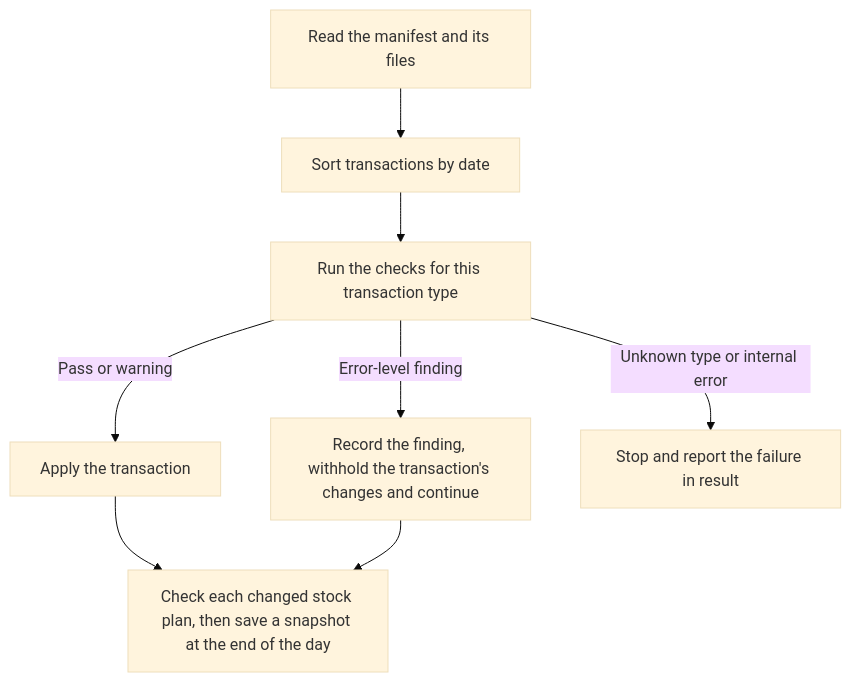
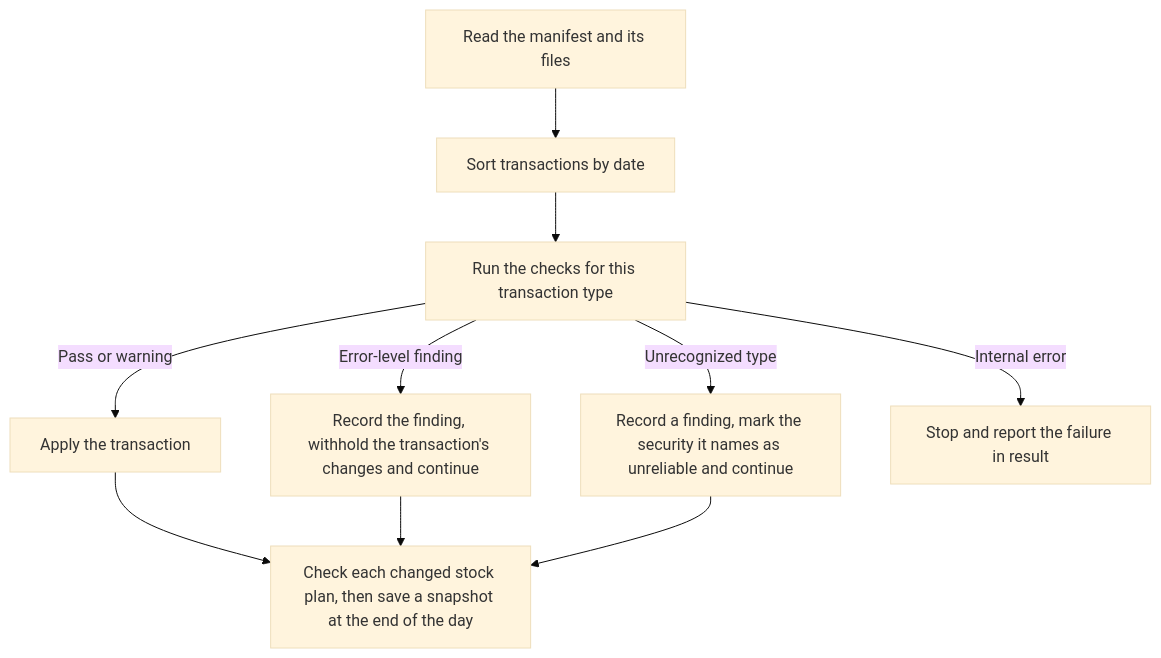
Before and after one commit to Open-Cap-Table-Coalition/OCF-Tools: the diagram in README.md, drawn with Mermaid (base theme). The commit also changed other lines of this file and 18 other files, not shown here.

First line of the commit message:
Report an unrecognized transaction type and keep validating

````diff
--- a/README.md
+++ b/README.md
@@ -33,10 +33,12 @@
 ```mermaid
 flowchart TD
     A["Read the manifest and its files"] --> B["Sort transactions by date"]
     B --> C["Run the checks for this transaction type"]
     C -->|Pass or warning| D["Apply the transaction"]
     C -->|Error-level finding| E["Record the finding, withhold the transaction's changes and continue"]
-    C -->|Unknown type or internal error| F["Stop and report the failure in result"]
+    C -->|Unrecognized type| H["Record a finding, mark the security it names as unreliable and continue"]
+    C -->|Internal error| F["Stop and report the failure in result"]
     D --> G["Check each changed stock plan, then save a snapshot at the end of the day"]
     E --> G
+    H --> G
 ```
````
